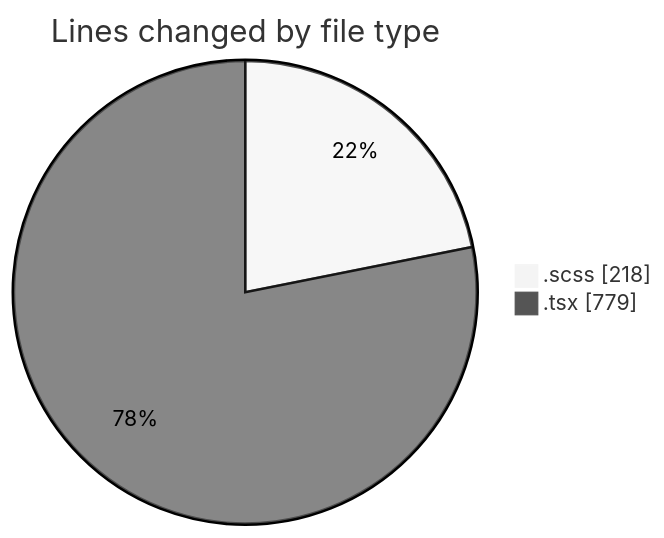
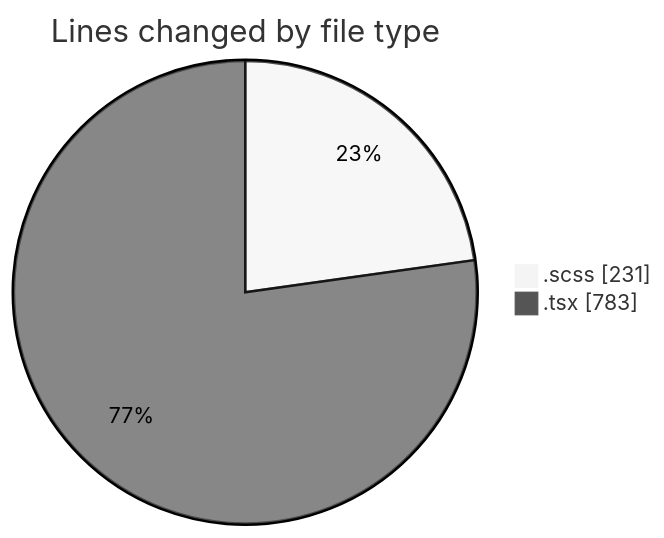
The first of 2 diagrams in 2025-03-28/cda/README.md (momahboobian/code-tracking), drawn with Mermaid (neutral theme) before and after one commit. The commit also changed other lines of this file and 1 other file, not shown here.

````diff
--- a/2025-03-28/cda/README.md
+++ b/2025-03-28/cda/README.md
@@ -23,6 +23,6 @@
 ```mermaid
 pie showData
 title Lines changed by file type
-".scss" : 218
-".tsx" : 779
+".scss" : 231
+".tsx" : 783
 ```
````
